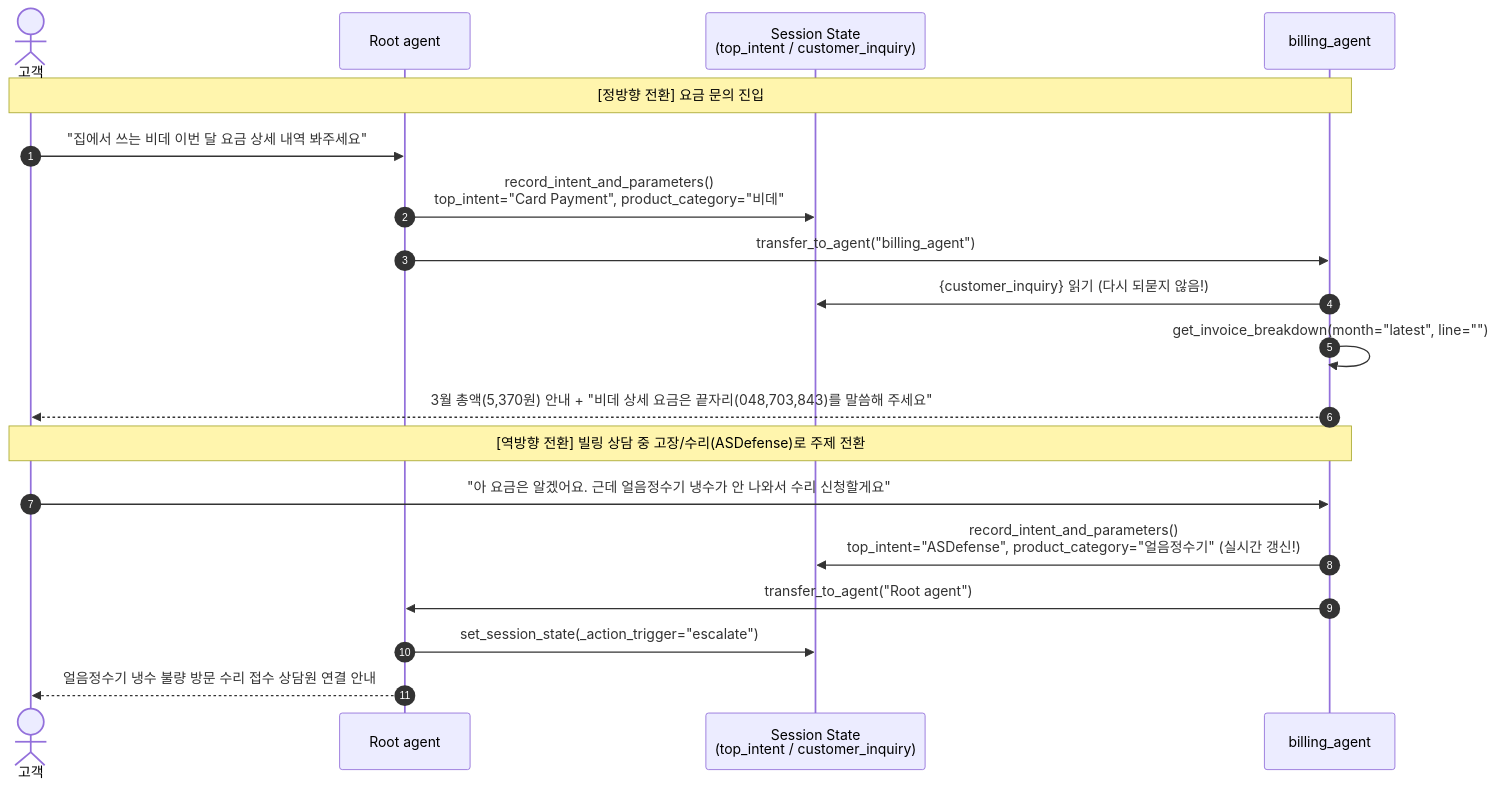
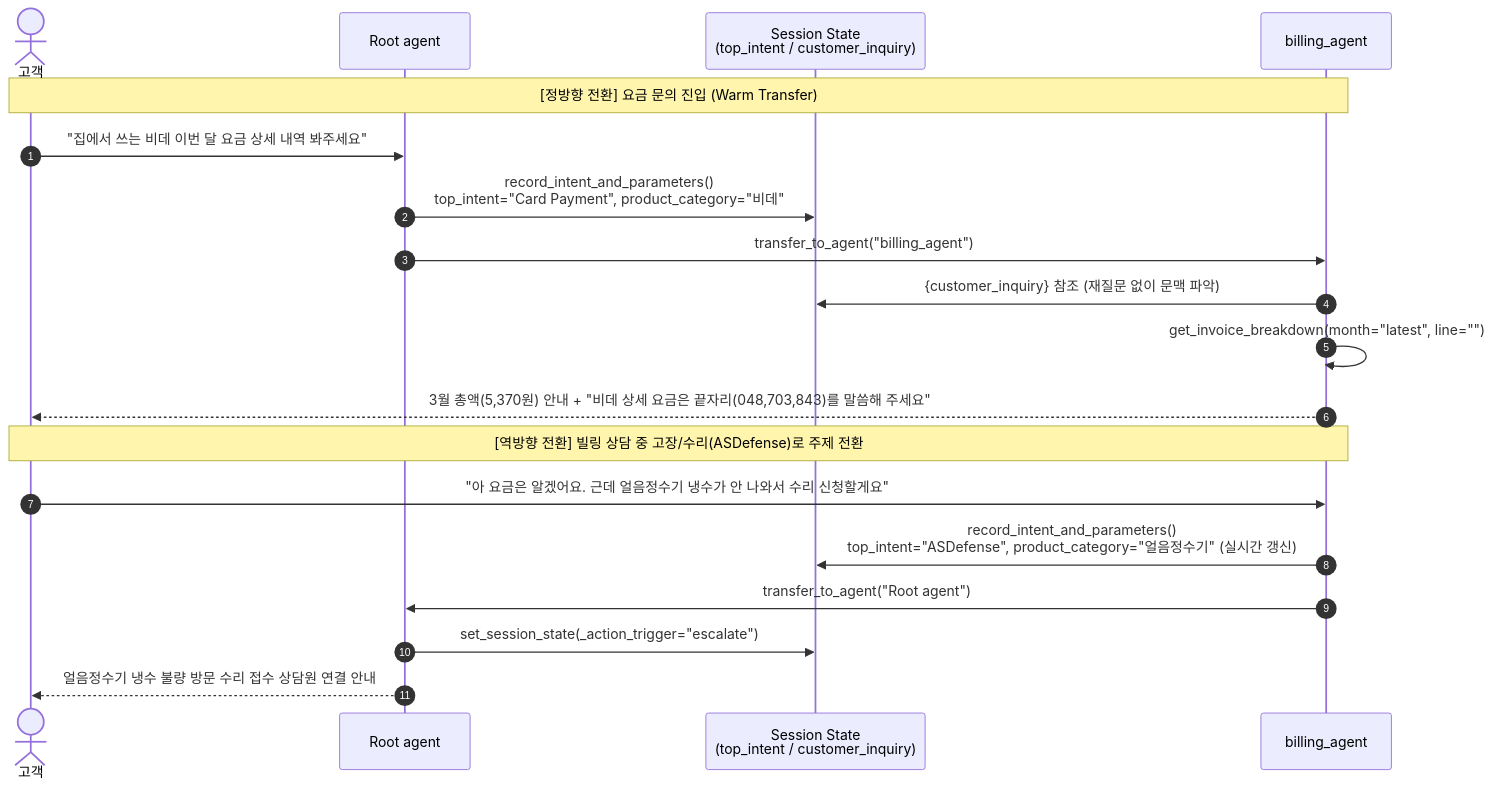
One commit to Jhko0404/gecx-agent-patterns changed the second of 3 diagrams in README.md. Above: the diagram before and after it, drawn with Mermaid. The commit also changed other lines of this file and 5 other files, not shown here.

````diff
--- a/README.md
+++ b/README.md
@@ -174,23 +218,23 @@
 ```mermaid
 sequenceDiagram
     autonumber
     actor User as 고객
     participant Root as Root agent
     participant State as Session State<br/>(top_intent / customer_inquiry)
     participant Billing as billing_agent
 
-    Note over User,Billing: [정방향 전환] 요금 문의 진입
+    Note over User,Billing: [정방향 전환] 요금 문의 진입 (Warm Transfer)
     User->>Root: "집에서 쓰는 비데 이번 달 요금 상세 내역 봐주세요"
     Root->>State: record_intent_and_parameters()<br/>top_intent="Card Payment", product_category="비데"
     Root->>Billing: transfer_to_agent("billing_agent")
-    Billing->>State: {customer_inquiry} 읽기 (다시 되묻지 않음!)
+    Billing->>State: {customer_inquiry} 참조 (재질문 없이 문맥 파악)
     Billing->>Billing: get_invoice_breakdown(month="latest", line="")
     Billing-->>User: 3월 총액(5,370원) 안내 + "비데 상세 요금은 끝자리(048,703,843)를 말씀해 주세요"
 
     Note over User,Billing: [역방향 전환] 빌링 상담 중 고장/수리(ASDefense)로 주제 전환
     User->>Billing: "아 요금은 알겠어요. 근데 얼음정수기 냉수가 안 나와서 수리 신청할게요"
-    Billing->>State: record_intent_and_parameters()<br/>top_intent="ASDefense", product_category="얼음정수기" (실시간 갱신!)
+    Billing->>State: record_intent_and_parameters()<br/>top_intent="ASDefense", product_category="얼음정수기" (실시간 갱신)
     Billing->>Root: transfer_to_agent("Root agent")
     Root->>State: set_session_state(_action_trigger="escalate")
     Root-->>User: 얼음정수기 냉수 불량 방문 수리 접수 상담원 연결 안내
 ```
````
